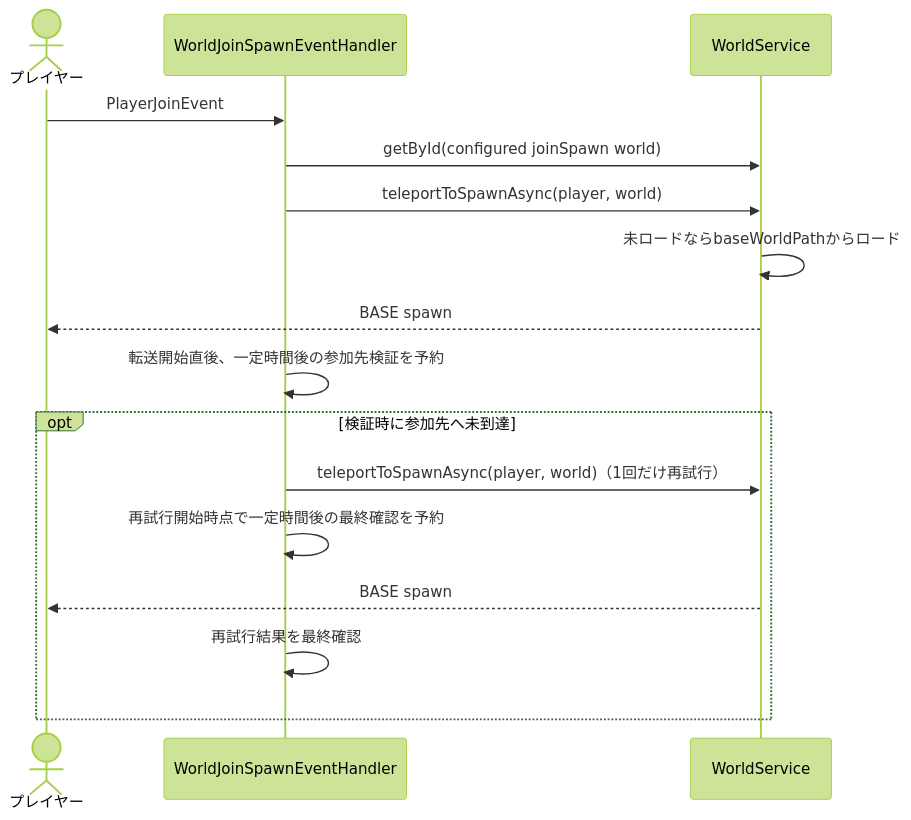
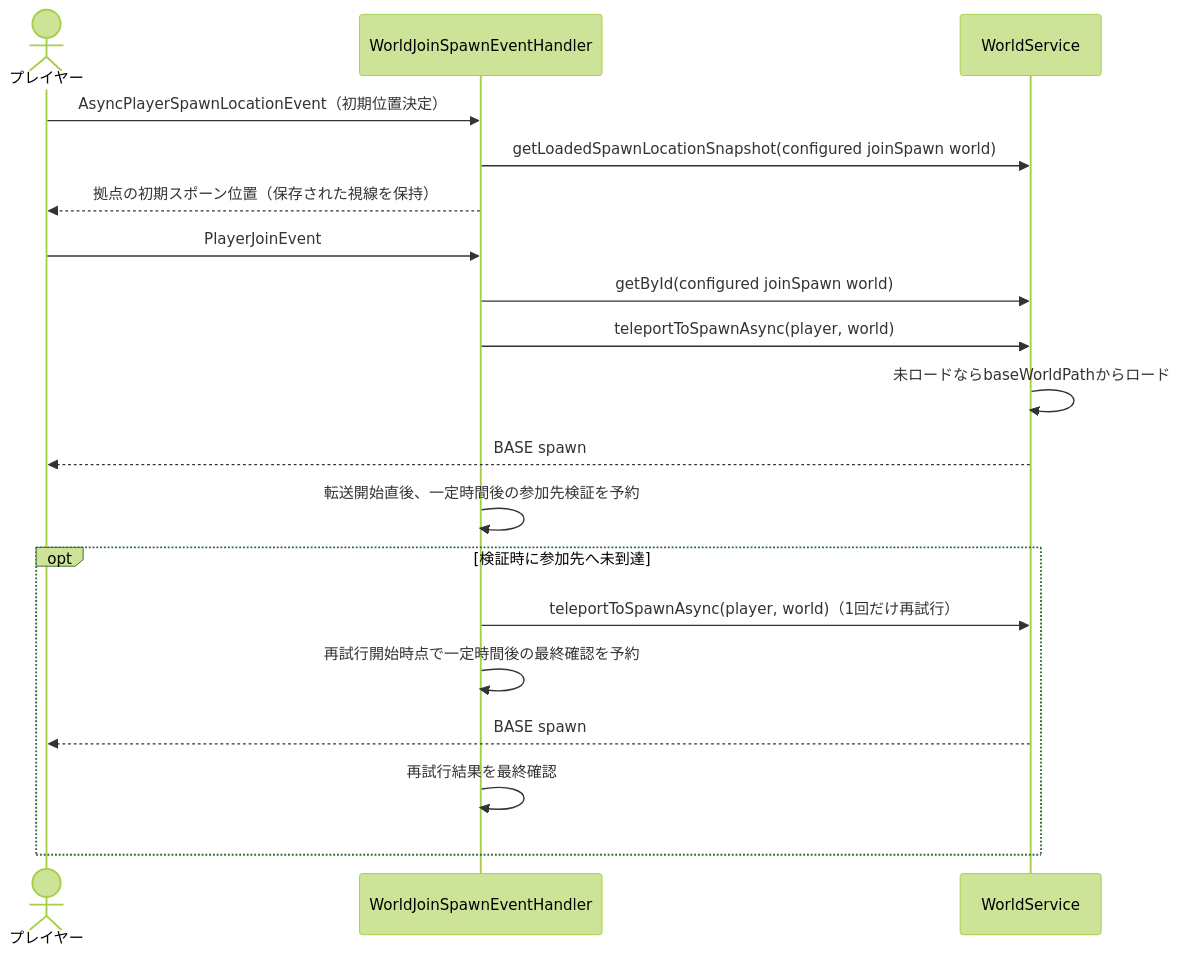
Before and after one commit to maaasu/AstralRecord-Workspace: the fourth of 6 diagrams in 00_docs/10_Plugin設計書/feature/17-world/17_4-統合フロー.md, drawn with Mermaid (forest theme). The commit also changed other lines of this file and 5 other files, not shown here.

````diff
--- a/00_docs/10_Plugin設計書/feature/17-world/17_4-統合フロー.md
+++ b/00_docs/10_Plugin設計書/feature/17-world/17_4-統合フロー.md
@@ -129,18 +129,21 @@
 ```mermaid
 sequenceDiagram
     actor Player as プレイヤー
     participant Join as WorldJoinSpawnEventHandler
     participant World as WorldService
+    Player->>Join: AsyncPlayerSpawnLocationEvent（初期位置決定）
+    Join->>World: getLoadedSpawnLocationSnapshot(configured joinSpawn world)
+    Join-->>Player: 拠点の初期スポーン位置（保存された視線を保持）
     Player->>Join: PlayerJoinEvent
     Join->>World: getById(configured joinSpawn world)
     Join->>World: teleportToSpawnAsync(player, world)
     World->>World: 未ロードならbaseWorldPathからロード
     World-->>Player: BASE spawn
     Join->>Join: 転送開始直後、一定時間後の参加先検証を予約
     opt 検証時に参加先へ未到達
         Join->>World: teleportToSpawnAsync(player, world)（1回だけ再試行）
         Join->>Join: 再試行開始時点で一定時間後の最終確認を予約
         World-->>Player: BASE spawn
         Join->>Join: 再試行結果を最終確認
     end
 ```
````
